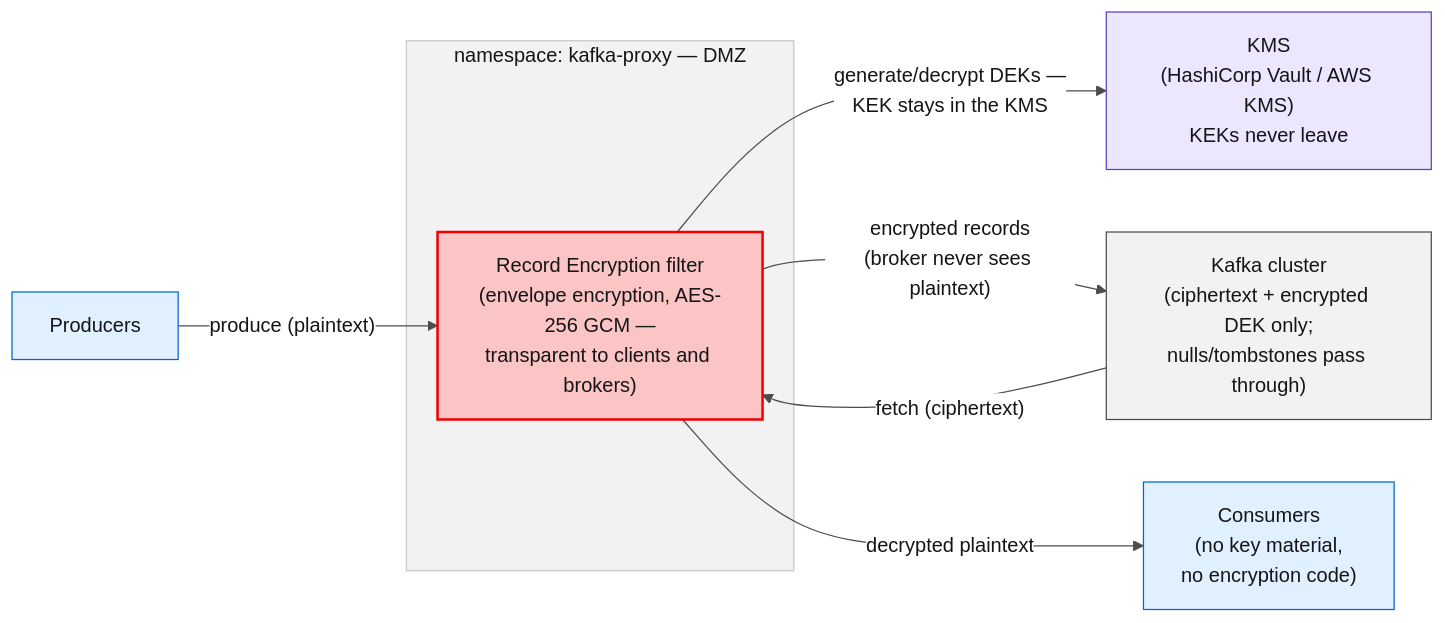
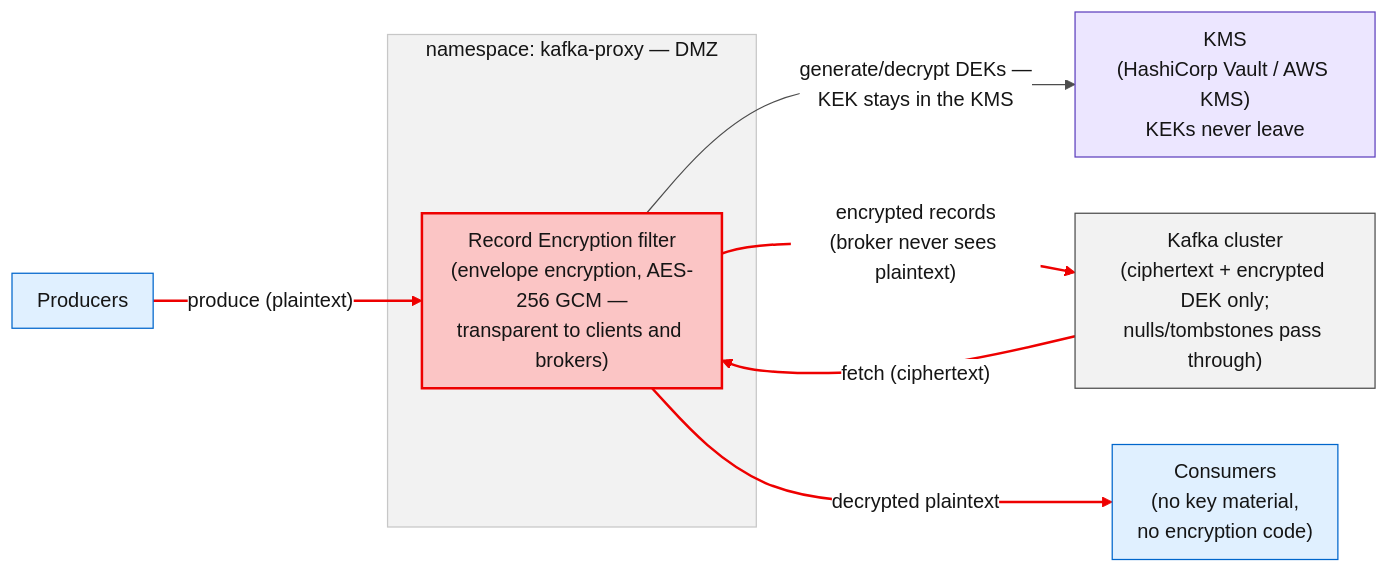
The ninth of 10 diagrams in README.md (jcordes73/kafka-proxy-use-cases), drawn with Mermaid before and after one commit. The commit also changed other lines of this file and 11 other files, not shown here.

````diff
--- a/README.md
+++ b/README.md
@@ -442,22 +473,26 @@
 ```mermaid
-%%{init: {"theme":"base","themeVariables":{"fontFamily":"Red Hat Text, Red Hat Display, sans-serif","primaryColor":"#FFFFFF","primaryTextColor":"#151515","primaryBorderColor":"#C7C7C7","lineColor":"#4D4D4D","secondaryColor":"#F2F2F2","tertiaryColor":"#F2F2F2","clusterBkg":"#F2F2F2","clusterBorder":"#C7C7C7","edgeLabelBackground":"#FFFFFF","titleColor":"#151515"},"sequence":{"messageMargin":12,"noteMargin":5,"boxMargin":5,"boxTextMargin":3,"bottomMarginAdj":1,"mirrorActors":false}}}%%
+%%{init: {"theme":"base","themeVariables":{"fontFamily":"Red Hat Text, Red Hat Display, sans-serif","primaryColor":"#FFFFFF","primaryTextColor":"#151515","primaryBorderColor":"#C7C7C7","lineColor":"#4D4D4D","secondaryColor":"#F2F2F2","tertiaryColor":"#F2F2F2","clusterBkg":"#F2F2F2","clusterBorder":"#C7C7C7","edgeLabelBackground":"#FFFFFF","titleColor":"#151515"},"flowchart":{"curve":"basis","nodeSpacing":45,"rankSpacing":55,"padding":10}}}%%
 flowchart LR
     PR["Producers"]
     CO["Consumers<br/>(no key material,<br/>no encryption code)"]
     subgraph proxyNs["namespace: kafka-proxy — DMZ"]
         F["Record Encryption filter<br/>(envelope encryption, AES-256 GCM —<br/>transparent to clients and brokers)"]
     end
     KMS["KMS<br/>(HashiCorp Vault / AWS KMS)<br/>KEKs never leave"]
     BK["Kafka cluster<br/>(ciphertext + encrypted DEK only;<br/>nulls/tombstones pass through)"]
     PR -- "produce (plaintext)" --> F
     F -- "generate/decrypt DEKs —<br/>KEK stays in the KMS" --> KMS
     F -- "encrypted records<br/>(broker never sees plaintext)" --> BK
     BK -- "fetch (ciphertext)" --> F
     F -- "decrypted plaintext" --> CO
 
-    style F fill:#FBC5C5,stroke:#EE0000,stroke-width:2px
-    style KMS fill:#ECE6FF,stroke:#5E40BE
-    style PR fill:#E0F0FF,stroke:#0066CC
-    style CO fill:#E0F0FF,stroke:#0066CC
-    style BK fill:#F2F2F2,stroke:#4D4D4D
+classDef red fill:#FBC5C5,stroke:#EE0000,stroke-width:2px
+classDef blue fill:#E0F0FF,stroke:#0066CC
+classDef gray fill:#F2F2F2,stroke:#4D4D4D
+classDef purple fill:#ECE6FF,stroke:#5E40BE
+class F red
+class PR,CO blue
+class BK gray
+class KMS purple
+linkStyle 0,2,3,4 stroke:#EE0000,stroke-width:2px
 ```
````
